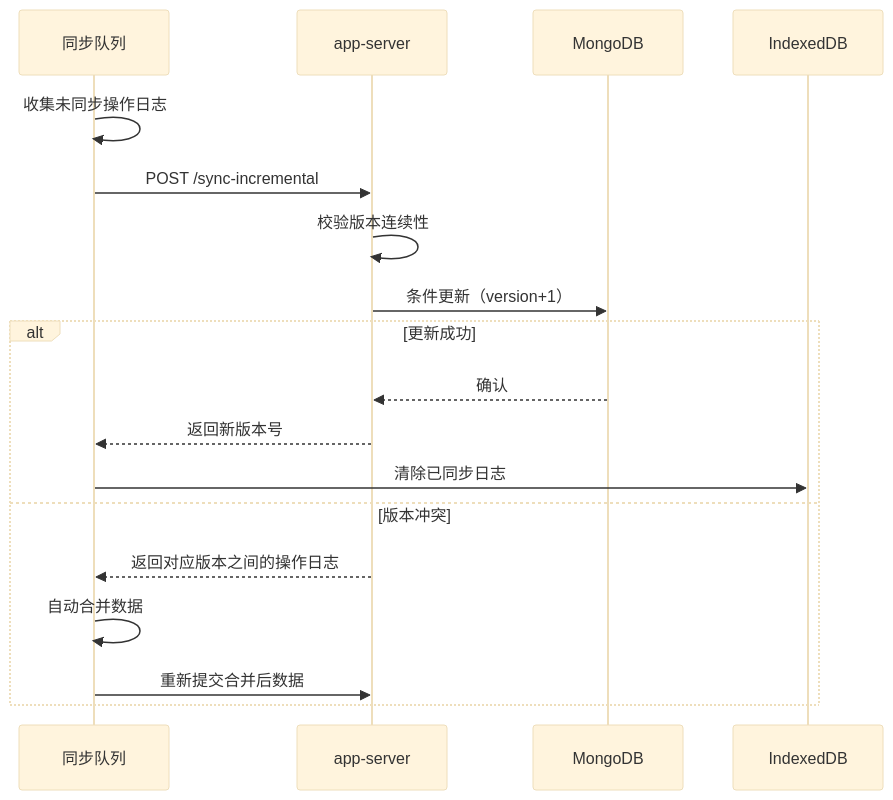
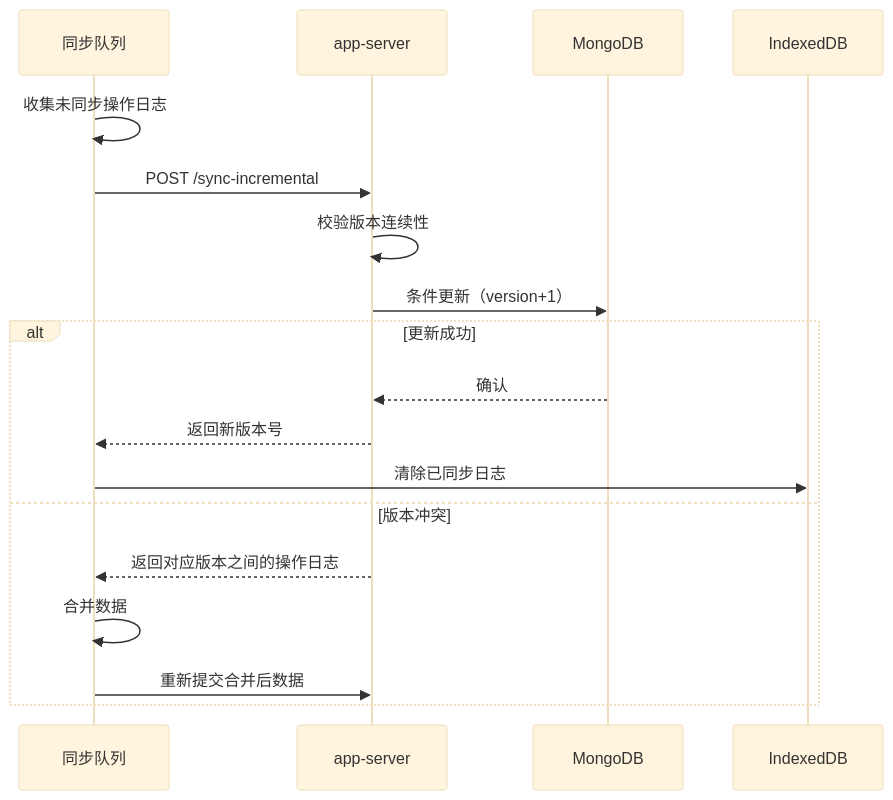
One commit to yingjianzh/iodraw-files changed the diagram in all/未命名-24.md. Above: the diagram before and after it, drawn with Mermaid (base theme).

Commit message:
2025-02-24 10:49:56 update

````diff
--- a/all/未命名-24.md
+++ b/all/未命名-24.md
@@ -1,23 +1,23 @@
 ```mermaid
 
 sequenceDiagram
     participant 同步队列
     participant app-server
     participant MongoDB
 
 
     同步队列->>同步队列: 收集未同步操作日志
     同步队列->>app-server: POST /sync-incremental
     app-server->>app-server: 校验版本连续性
     app-server->>MongoDB: 条件更新（version+1）
     alt 更新成功
         MongoDB-->>app-server: 确认
         app-server-->>同步队列: 返回新版本号
         同步队列->>IndexedDB: 清除已同步日志
     else 版本冲突
         app-server-->>同步队列: 返回对应版本之间的操作日志
-        同步队列->>同步队列: 自动合并数据
+        同步队列->>同步队列: 合并数据
         同步队列->>app-server: 重新提交合并后数据
     end
 
 ```
````
